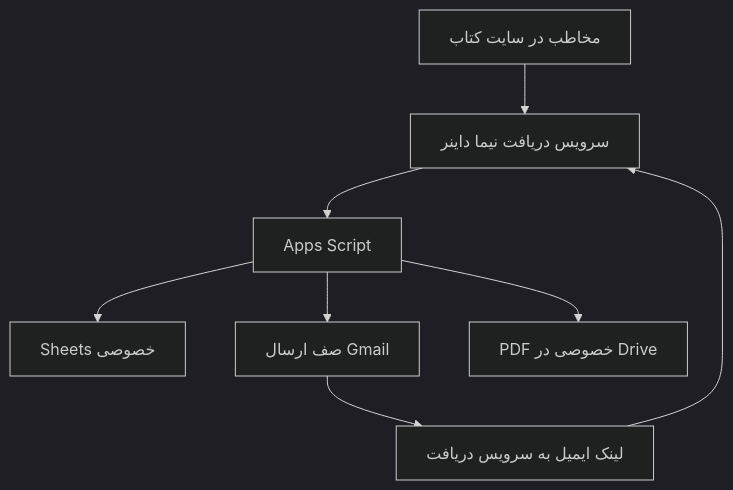
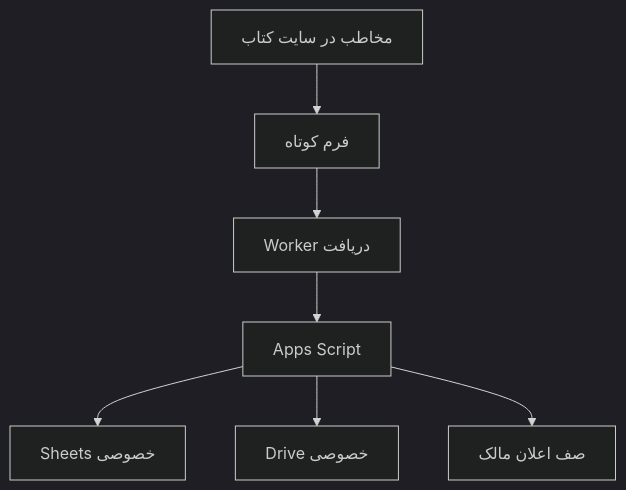
Before and after one commit to nimania/nimasdiner: the diagram in docs/ARCHITECTURE.md, drawn with Mermaid (dark theme). The commit also changed other lines of this file and 9 other files, not shown here.

````diff
--- a/docs/ARCHITECTURE.md
+++ b/docs/ARCHITECTURE.md
@@ -3,10 +3,9 @@
 ```mermaid
 flowchart TD
- A["مخاطب در سایت کتاب"] --> B["سرویس دریافت نیما داینر"]
- B --> C["Apps Script"]
- C --> D["Sheets خصوصی"]
- C --> E["صف ارسال Gmail"]
- C --> F["PDF خصوصی در Drive"]
- E --> G["لینک ایمیل به سرویس دریافت"]
- G --> B
+ A["مخاطب در سایت کتاب"] --> B["فرم کوتاه"]
+ B --> C["Worker دریافت"]
+ C --> D["Apps Script"]
+ D --> E["Sheets خصوصی"]
+ D --> F["Drive خصوصی"]
+ D --> G["صف اعلان مالک"]
 ```
````
